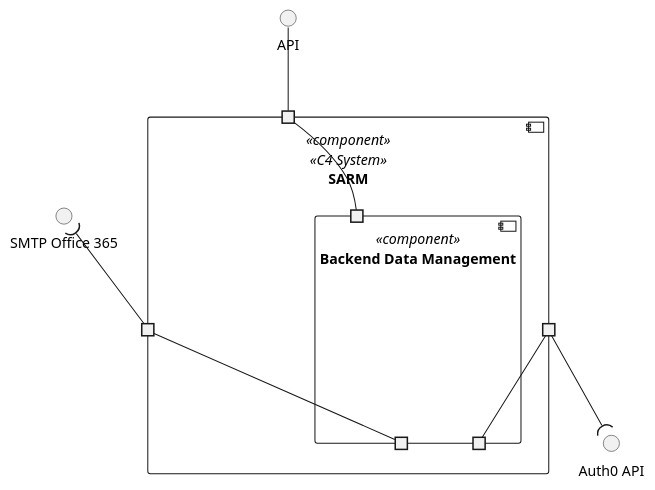
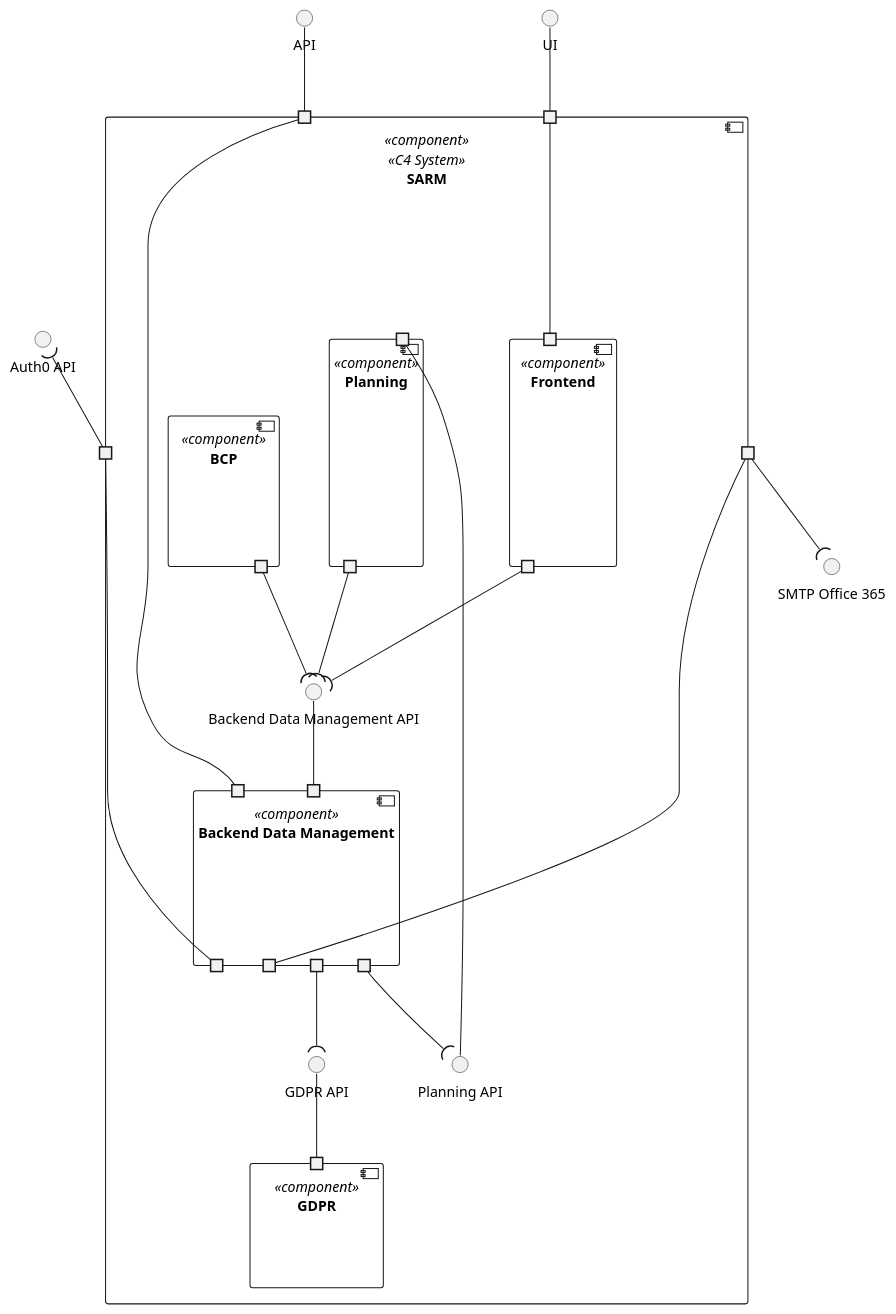
One commit to 1220846/sem5pi-24-25-3ddg20 changed the diagram in docs/views/level2/logic-view.puml. Above: the diagram before and after it, drawn with PlantUML. The commit also changed 15 other files, not shown here.

```diff
--- a/docs/views/level2/logic-view.puml
+++ b/docs/views/level2/logic-view.puml
@@ -1,29 +1,72 @@
 @startuml logic-view
 top to bottom direction
 
 interface "API" as API
+interface "UI" as UI
 interface "Auth0 API" as A0API
 interface "SMTP Office 365" as SMTP_Office_365
 
 component "SARM" <<component>> <<C4 System>> {
     portin " " as SARMPI
+    portin " " as SARMPIUI
     portout " " as SARMPO1
     portout " " as SARMPO2
+
+    interface "Backend Data Management API" as BACKENDAPI
 
     component "Backend Data Management" <<component>> {
         portin " " as BackendPI
         portout " " as BackendPO1
         portout " " as BackendPO2
+        portout " " as BackendPO3
+        portout " " as BackendPO4
+        portin " " as BackendPI2
+    }
+
+    component "Frontend" <<component>> {
+        portin " " as FrontendINUI
+        portout " " as FrontendOutUI2
+    }
+
+    interface "Planning API" as PLANNINGAPI
+
+    component "Planning" <<component>> {
+        portin " " as PLANNINGINUI
+        portout " " as PLANNINGOutUI
+    }
+
+    interface "GDPR API" as GDPR_API
+
+    component "GDPR" <<component>> {
+        portin " " as GDPRINUI
+    }
+    
+    component "BCP" <<component>> {
+        portout " " as BCPOutUI
     }
 
 }
 
+UI -- SARMPIUI
+SARMPIUI --- FrontendINUI
+FrontendOutUI2 --( BACKENDAPI
+BackendPI2 -U- BACKENDAPI
+
+GDPRINUI -U- GDPR_API
+BackendPO3 --( GDPR_API
+
+PLANNINGINUI -U- PLANNINGAPI
+BackendPO4 --( PLANNINGAPI
+PLANNINGOutUI --( BACKENDAPI
+
+BCPOutUI --( BACKENDAPI
+
 API -- SARMPI
-SARMPO1 --( A0API
+SARMPO1 -u-( A0API
 SARMPI -- BackendPI
 SARMPO1 -- BackendPO1
 
 SARMPO2 -- BackendPO2
-SARMPO2 -u-( SMTP_Office_365
+SARMPO2 --( SMTP_Office_365
 
 @enduml
```
